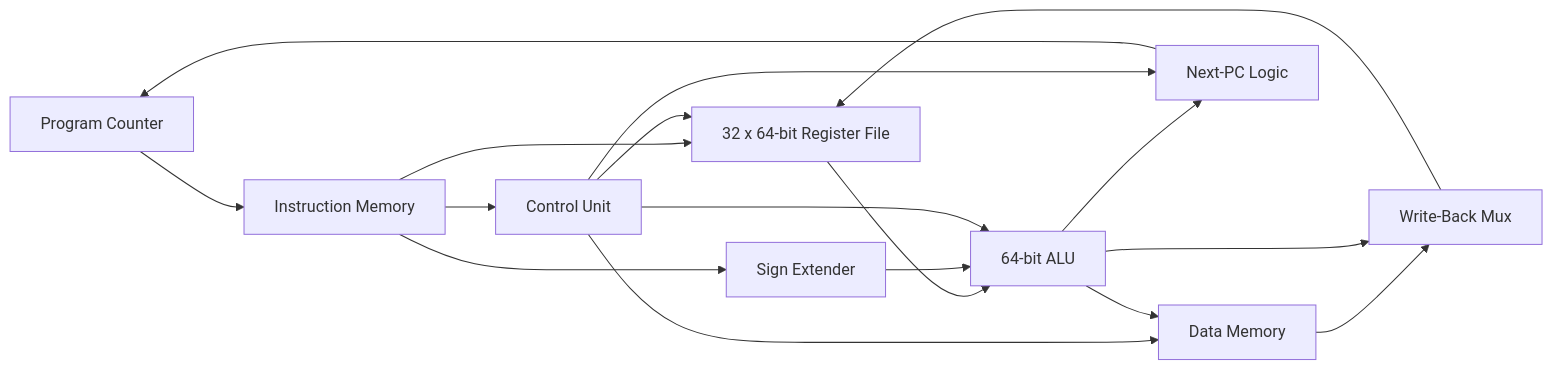
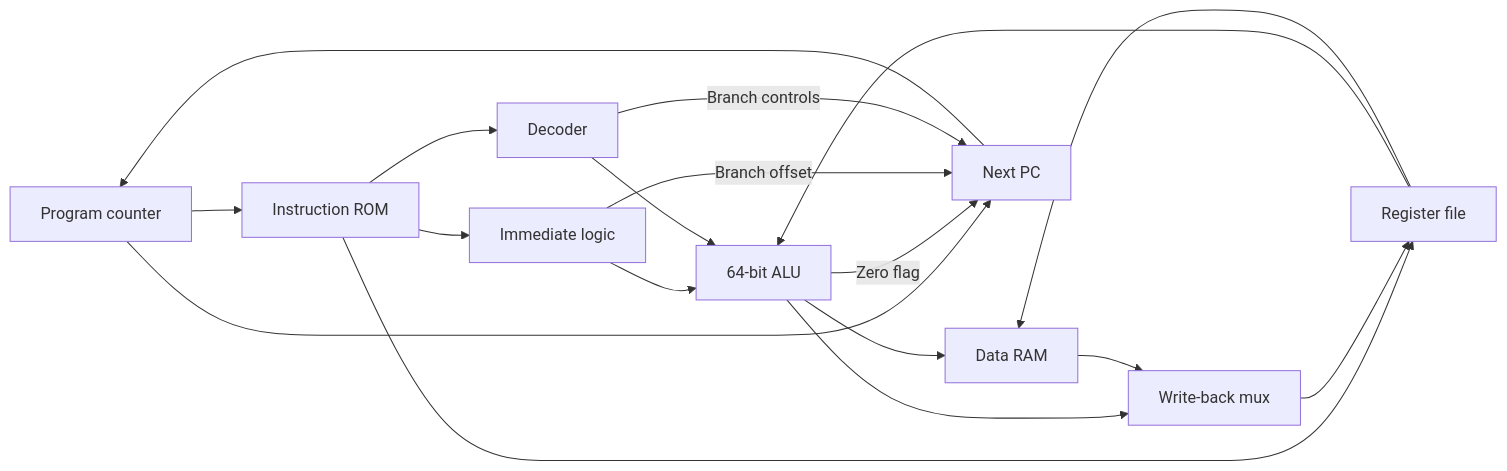
One commit to Krrish-Verma/ARMv8-CPU changed the diagram in README.md. Above: the diagram before and after it, drawn with Mermaid. The commit also changed other lines of this file and 37 other files, not shown here.

````diff
--- a/README.md
+++ b/README.md
@@ -18,19 +41,20 @@
 ```mermaid
 flowchart LR
-    PC[Program Counter] --> IM[Instruction Memory]
-    IM --> CTRL[Control Unit]
-    IM --> RF[32 x 64-bit Register File]
-    IM --> SE[Sign Extender]
-    RF --> ALU[64-bit ALU]
-    SE --> ALU
-    CTRL --> RF
+    PC["Program counter"] --> ROM["Instruction ROM"]
+    ROM --> CTRL["Decoder"]
+    ROM --> RF["Register file"]
+    ROM --> IMM["Immediate logic"]
+    RF --> ALU["64-bit ALU"]
+    IMM --> ALU
     CTRL --> ALU
-    CTRL --> DM[Data Memory]
-    ALU --> DM
-    DM --> WB[Write-Back Mux]
-    ALU --> WB
+    RF --> RAM["Data RAM"]
+    ALU --> RAM
+    ALU --> WB["Write-back mux"]
+    RAM --> WB
     WB --> RF
-    ALU --> NPC[Next-PC Logic]
-    CTRL --> NPC
-    NPC --> PC
+    PC --> NEXT["Next PC"]
+    ALU -->|Zero flag| NEXT
+    IMM -->|Branch offset| NEXT
+    CTRL -->|Branch controls| NEXT
+    NEXT --> PC
 ```
````
